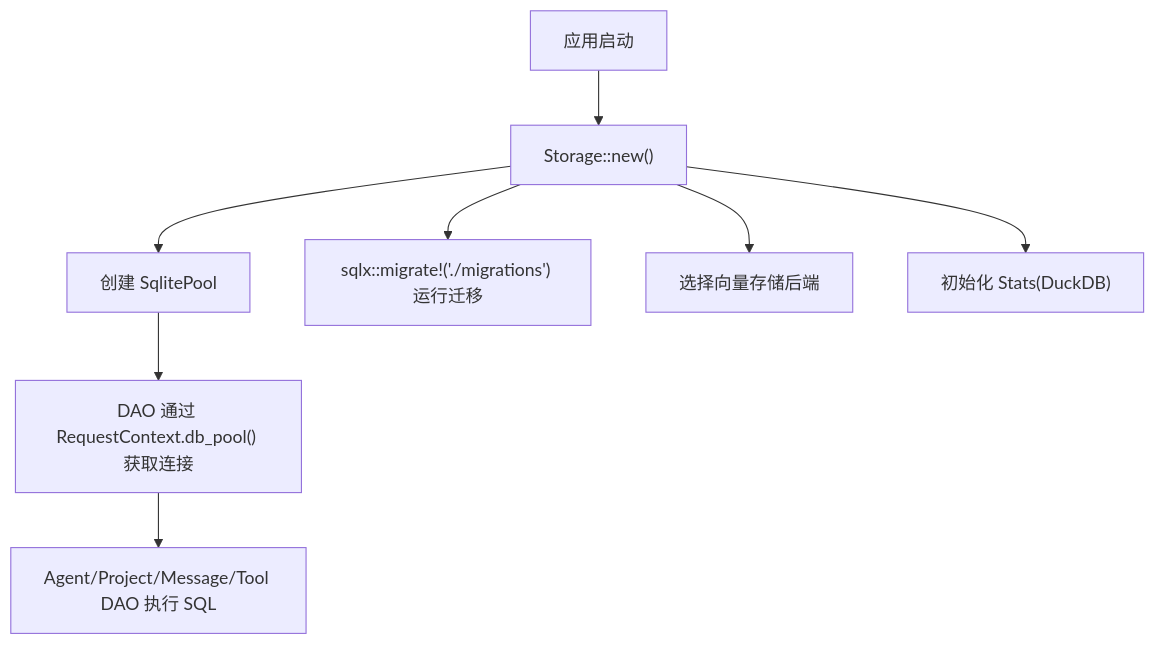
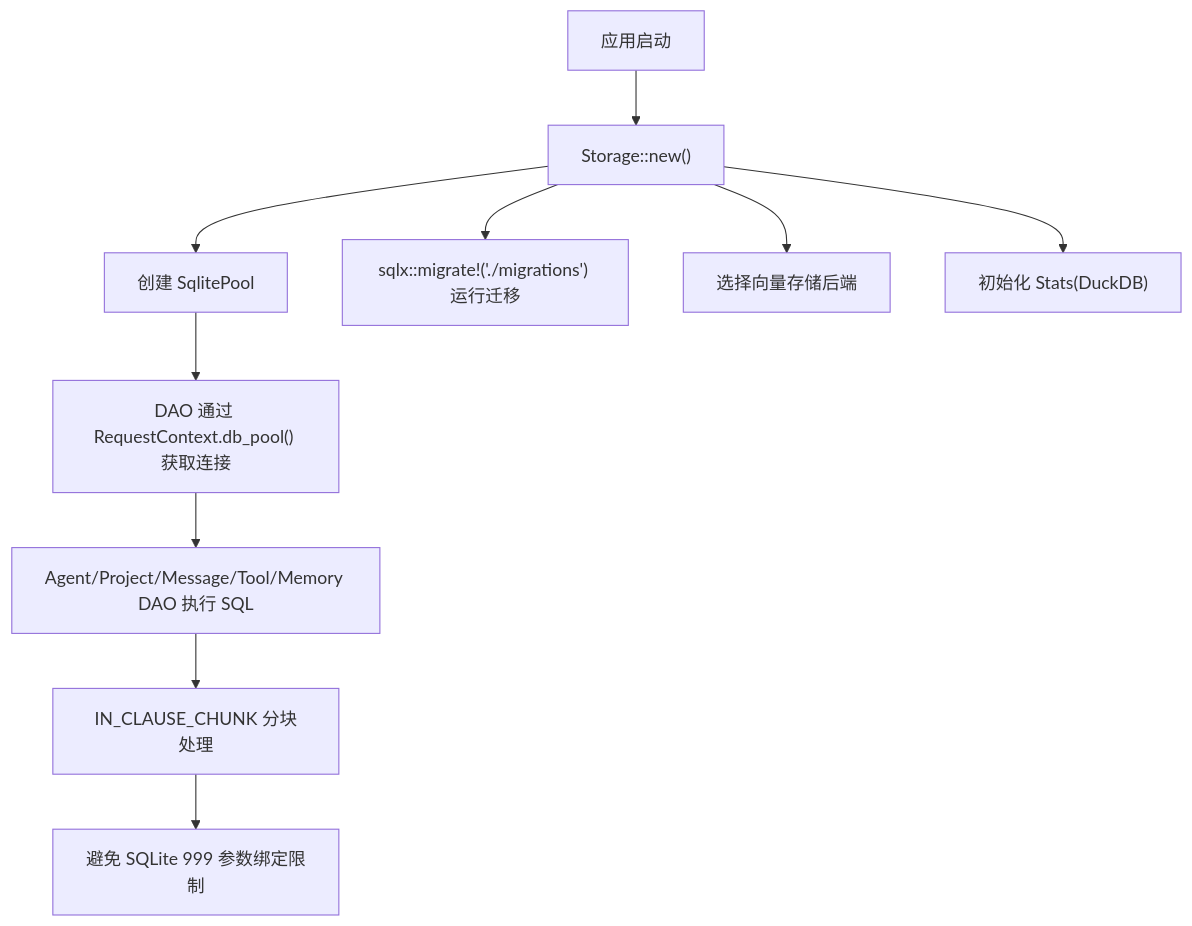
Before and after one commit to runningcoders/ai_orz: the first of 5 diagrams in .qoder/repowiki/zh/content/核心模块/服务层/数据对象层 (DAO)/SQLite 数据访问对象.md, drawn with Mermaid. The commit also changed other lines of this file and 5 other files, not shown here.

Commit message:
docs(wiki): 知识引擎增量更新（记忆系统架构/DAO SQLite/知识关系管理卡片同步遍历优化改动）

````diff
--- a/.qoder/repowiki/zh/content/核心模块/服务层/数据对象层 (DAO)/SQLite 数据访问对象.md
+++ b/.qoder/repowiki/zh/content/核心模块/服务层/数据对象层 (DAO)/SQLite 数据访问对象.md
@@ -35,10 +48,12 @@
 ```mermaid
 graph TB
 A["应用启动"] --> B["Storage::new()"]
 B --> C["创建 SqlitePool"]
 B --> D["sqlx::migrate!('./migrations') 运行迁移"]
 B --> E["选择向量存储后端"]
 B --> F["初始化 Stats(DuckDB)"]
 C --> G["DAO 通过 RequestContext.db_pool() 获取连接"]
-G --> H["Agent/Project/Message/Tool DAO 执行 SQL"]
+G --> H["Agent/Project/Message/Tool/Memory DAO 执行 SQL"]
+H --> I["IN_CLAUSE_CHUNK 分块处理"]
+I --> J["避免 SQLite 999 参数绑定限制"]
 ```
````
